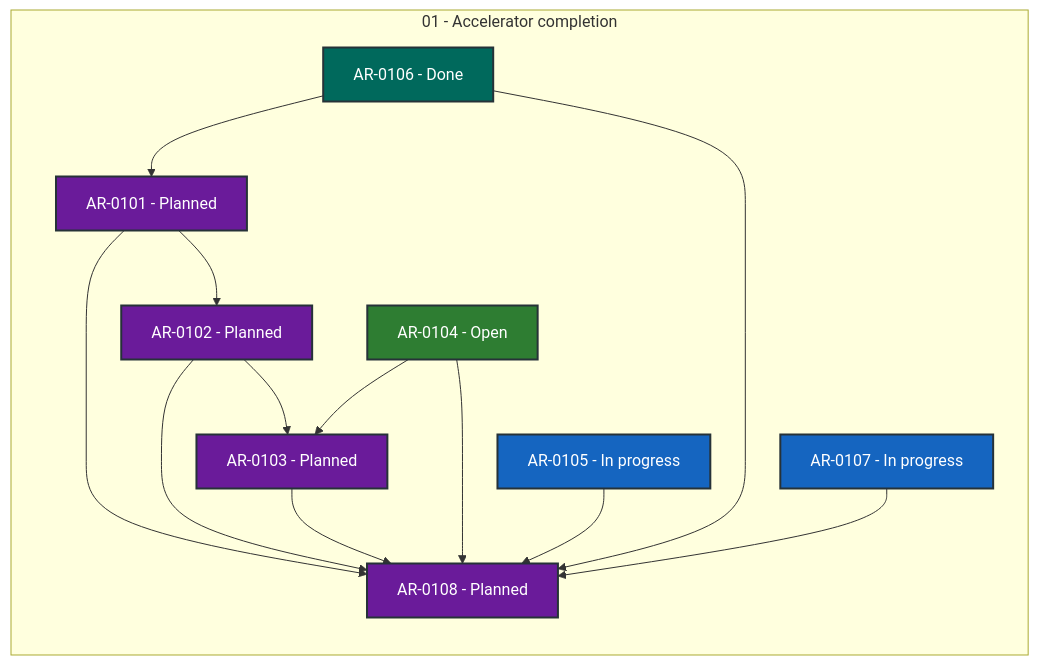
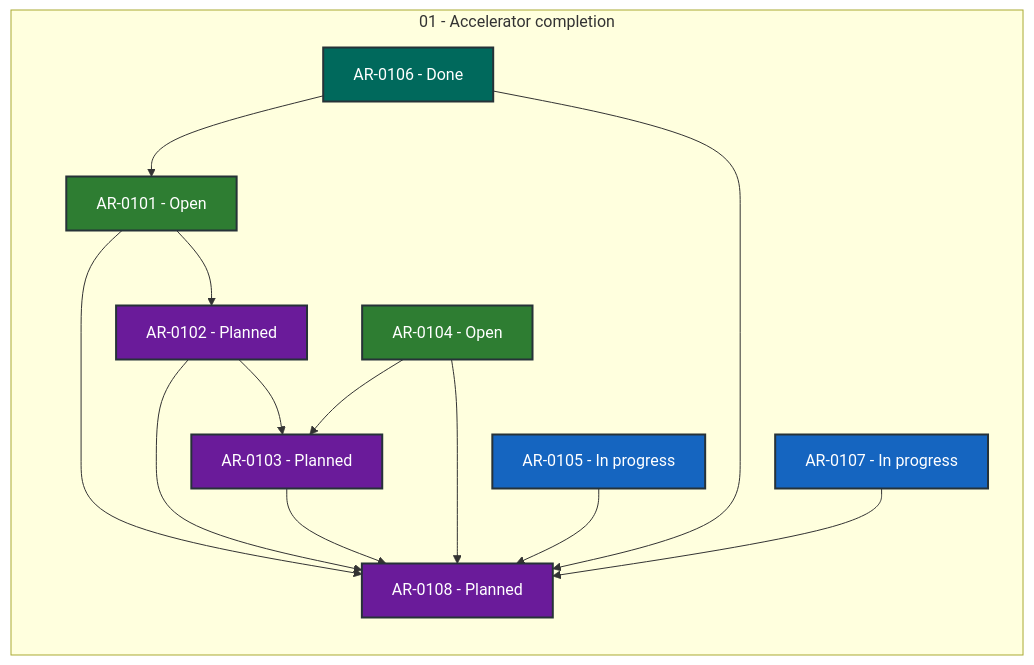
One commit to locutus3009/exgame changed the diagram in coordination/STATUS.md. Above: the diagram before and after it, drawn with Mermaid. The commit also changed other lines of this file and 2 other files, not shown here.

````diff
--- a/coordination/STATUS.md
+++ b/coordination/STATUS.md
@@ -28,34 +28,34 @@
 ```mermaid
 flowchart LR
     subgraph series_01["01 - Accelerator completion"]
         direction TB
-        AR_0101["AR-0101 - Planned"]:::status_planned
+        AR_0101["AR-0101 - Open"]:::status_open
         AR_0102["AR-0102 - Planned"]:::status_planned
         AR_0103["AR-0103 - Planned"]:::status_planned
         AR_0104["AR-0104 - Open"]:::status_open
         AR_0105["AR-0105 - In progress"]:::status_in_progress
         AR_0106["AR-0106 - Done"]:::status_done
         AR_0107["AR-0107 - In progress"]:::status_in_progress
         AR_0108["AR-0108 - Planned"]:::status_planned
     end
     AR_0101 --> AR_0102
     AR_0101 --> AR_0108
     AR_0102 --> AR_0103
     AR_0102 --> AR_0108
     AR_0103 --> AR_0108
     AR_0104 --> AR_0103
     AR_0104 --> AR_0108
     AR_0105 --> AR_0108
     AR_0106 --> AR_0101
     AR_0106 --> AR_0108
     AR_0107 --> AR_0108
     classDef status_in_progress fill:#1565c0,color:#ffffff,stroke:#263238,stroke-width:2px
     classDef status_in_review fill:#ad1457,color:#ffffff,stroke:#263238,stroke-width:2px
     classDef status_open fill:#2e7d32,color:#ffffff,stroke:#263238,stroke-width:2px
     classDef status_blocked fill:#c62828,color:#ffffff,stroke:#263238,stroke-width:2px
     classDef status_planned fill:#6a1b9a,color:#ffffff,stroke:#263238,stroke-width:2px
     classDef status_future fill:#455a64,color:#ffffff,stroke:#263238,stroke-width:2px
     classDef status_done fill:#00695c,color:#ffffff,stroke:#263238,stroke-width:2px
     classDef status_cancelled fill:#616161,color:#ffffff,stroke:#263238,stroke-width:2px
     classDef status_superseded fill:#5d4037,color:#ffffff,stroke:#263238,stroke-width:2px
 ```
````
